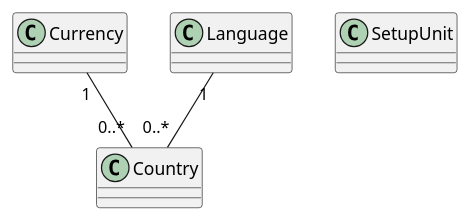
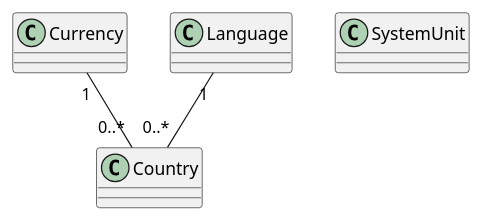
Before and after one commit to huybrechtsxyz/huybrechtsxyz: the diagram in src/website/Huybrechts.Core/Setup/_.plantuml, drawn with PlantUML. The commit also changed 8 other files, not shown here.

```diff
--- a/src/website/Huybrechts.Core/Setup/_.plantuml
+++ b/src/website/Huybrechts.Core/Setup/_.plantuml
@@ -1,18 +1,18 @@
 @startuml Platform CD
 
 class Currency {
 }
 
 class Language {
 }
 
 class Country {
 }
 
 Currency "1" -- "0..*" Country
 Language "1" -- "0..*" Country
 
-class SetupUnit {
+class SystemUnit {
 }
 
 @enduml
```
